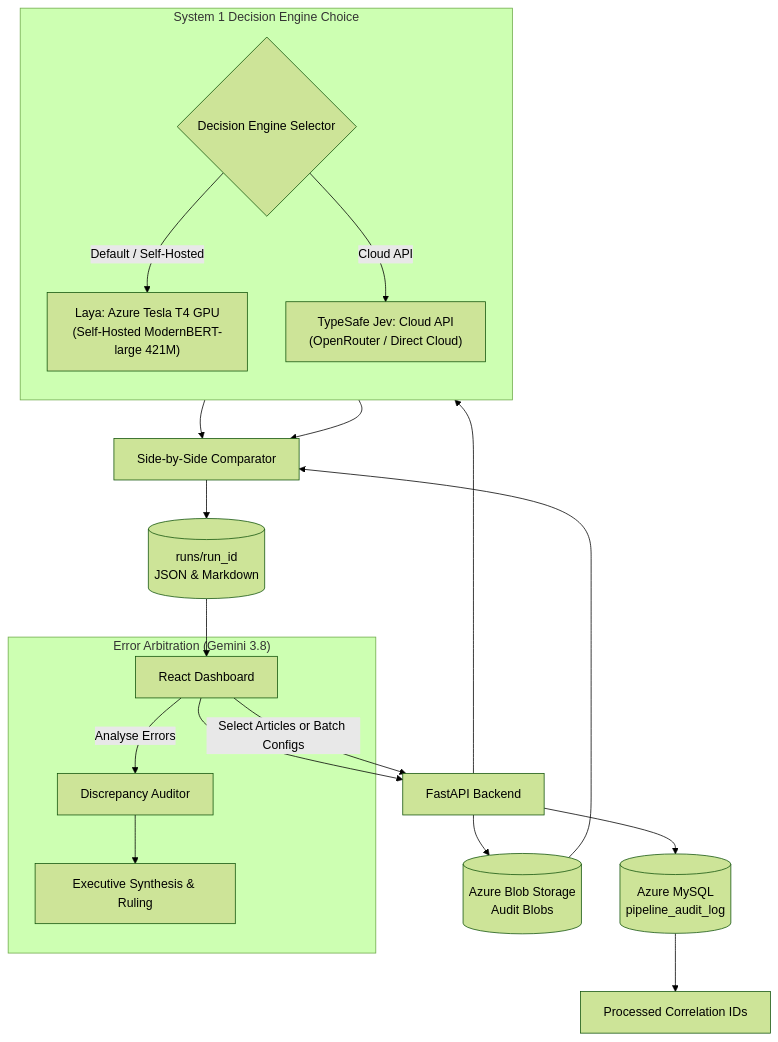
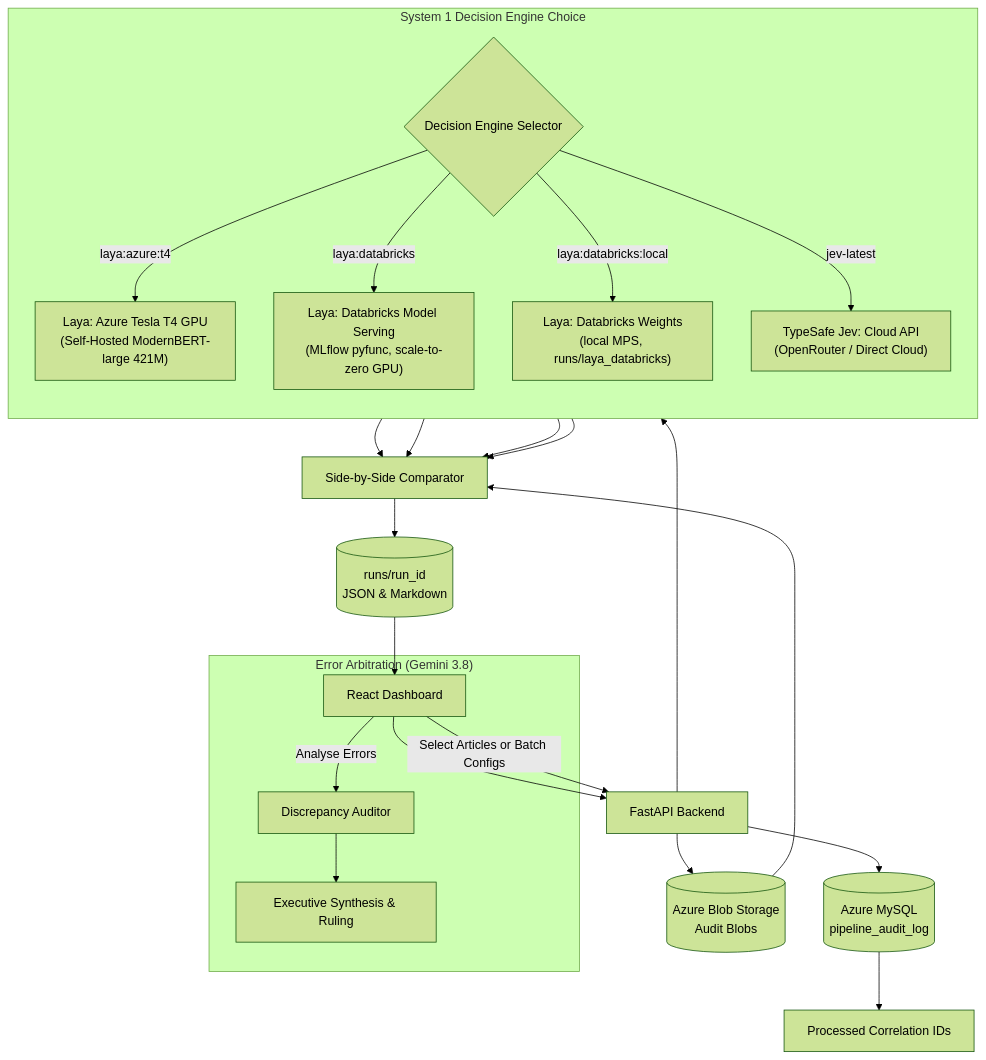
One commit to TonyP-MR/jev-curation-engine changed the first of 3 diagrams in README.md. Above: the diagram before and after it, drawn with Mermaid (forest theme). The commit also changed other lines of this file, not shown here.

Commit message:
docs: document Databricks training pipeline, serving, and engine routing in README

````diff
--- a/README.md
+++ b/README.md
@@ -80,29 +93,35 @@
 ```mermaid
 flowchart TD
     UI[React Dashboard] --> API[FastAPI Backend]
     API --> SQL[(Azure MySQL<br/>pipeline_audit_log)]
     SQL --> IDs[Processed Correlation IDs]
     UI -->|Select Articles or Batch Configs| API
     API --> BLOB[(Azure Blob Storage<br/>Audit Blobs)]
     
     subgraph S1["System 1 Decision Engine Choice"]
         direction TB
         ENGINE{Decision Engine Selector}
         LAYA["Laya: Azure Tesla T4 GPU<br/>(Self-Hosted ModernBERT-large 421M)"]
+        DBX["Laya: Databricks Model Serving<br/>(MLflow pyfunc, scale-to-zero GPU)"]
+        DBXL["Laya: Databricks Weights<br/>(local MPS, runs/laya_databricks)"]
         JEV["TypeSafe Jev: Cloud API<br/>(OpenRouter / Direct Cloud)"]
-        ENGINE -->|Default / Self-Hosted| LAYA
-        ENGINE -->|Cloud API| JEV
+        ENGINE -->|"laya:azure:t4"| LAYA
+        ENGINE -->|"laya:databricks"| DBX
+        ENGINE -->|"laya:databricks:local"| DBXL
+        ENGINE -->|"jev-latest"| JEV
     end
 
     API --> ENGINE
     LAYA --> COMP[Side-by-Side Comparator]
+    DBX --> COMP
+    DBXL --> COMP
     JEV --> COMP
     BLOB --> COMP
     COMP --> RUNS[(runs/run_id<br/>JSON & Markdown)]
     RUNS --> UI
     
     subgraph ARB["Error Arbitration (Gemini 3.8)"]
         UI -->|Analyse Errors| ARB_RUN[Discrepancy Auditor]
         ARB_RUN --> SYNTH[Executive Synthesis & Ruling]
     end
 ```
````
